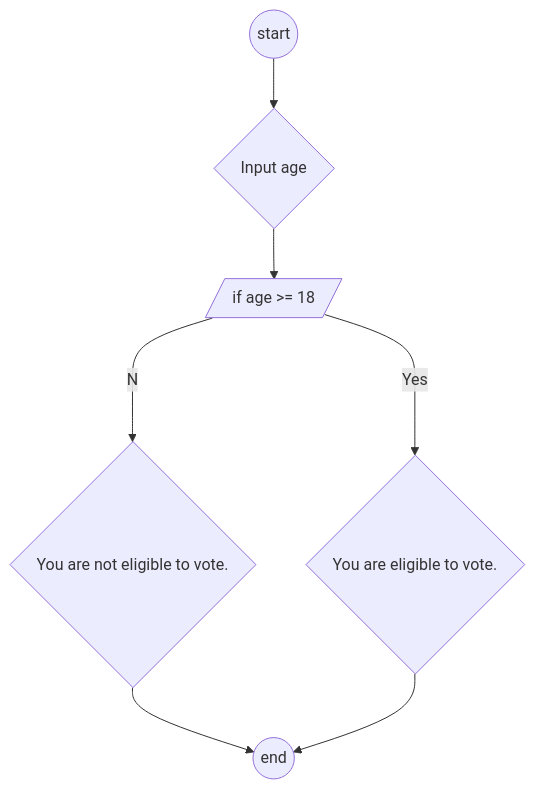
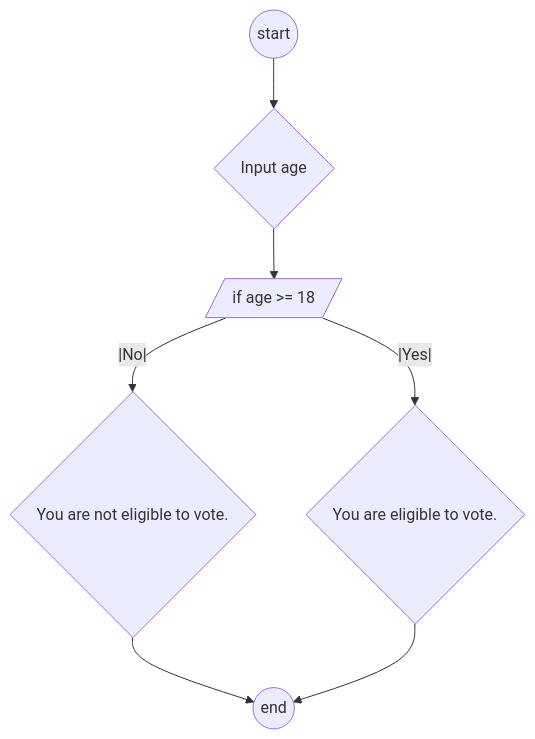
Before and after one commit to ihabau/Lexicon-lesson3-flowcharts: the diagram in Exercise1.md, drawn with Mermaid.

Commit message:
repairing flowchart maybe

````diff
--- a/Exercise1.md
+++ b/Exercise1.md
@@ -22,9 +22,9 @@
 ```mermaid
 graph TD
 A((start)) --> B{Input age}
 B --> C[/if age >= 18/]
-C --Yes--> D{You are eligible to vote.}
-C --No--> E{You are not eligible to vote.}
+C --|Yes|--> D{You are eligible to vote.}
+C --|No|--> E{You are not eligible to vote.}
 E --> F((end))
 D --> F((end))
 ```
````
